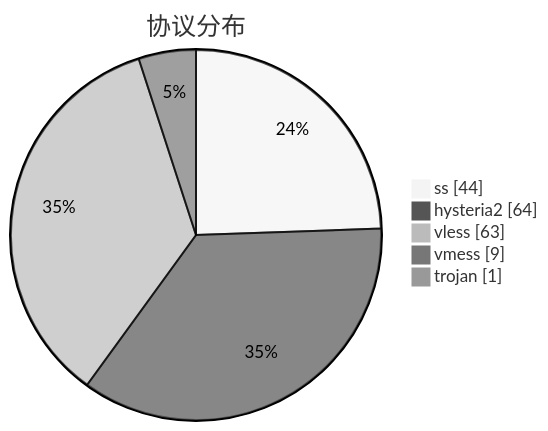
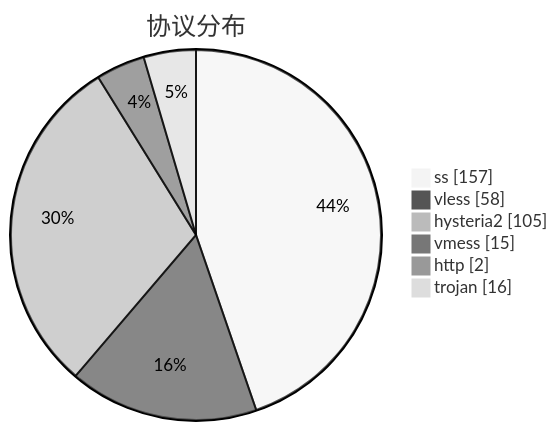
Before and after one commit to sinspired/airport: the third of 3 diagrams in subs/statistics/tested_within.md, drawn with Mermaid (neutral theme). The commit also changed other lines of this file and 2 other files, not shown here.

````diff
--- a/subs/statistics/tested_within.md
+++ b/subs/statistics/tested_within.md
@@ -35,9 +48,10 @@
 ```mermaid
 pie showData
 title 协议分布
-"ss" : 44
-"hysteria2" : 64
-"vless" : 63
-"vmess" : 9
-"trojan" : 1
+"ss" : 157
+"vless" : 58
+"hysteria2" : 105
+"vmess" : 15
+"http" : 2
+"trojan" : 16
 ```
````
